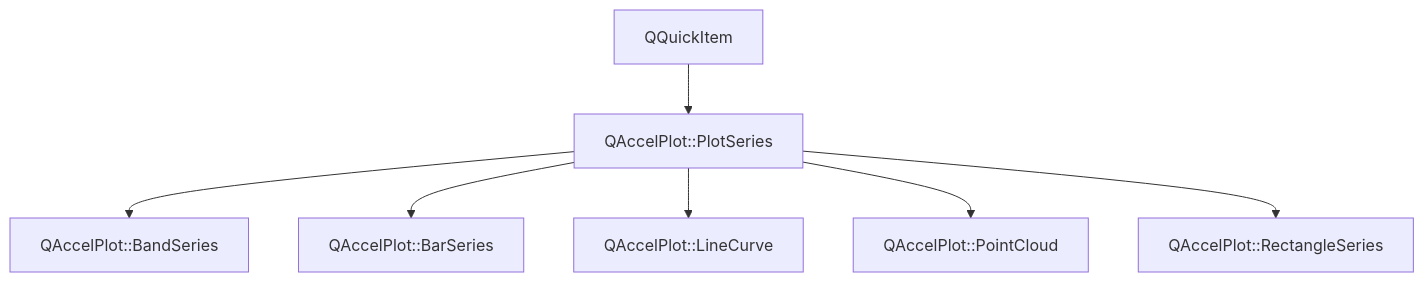
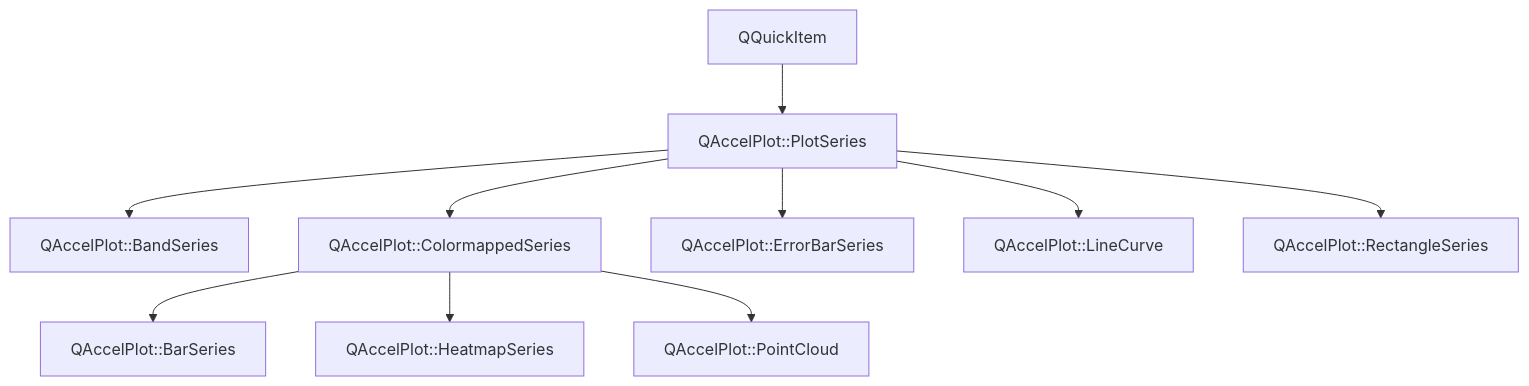
Before and after one commit to michalgrabarczyk/QAccelPlot: the diagram in assets/.doxy/QAccelPlot/api/classQAccelPlot_1_1PlotSeries.md, drawn with Mermaid. The commit also changed other lines of this file and 3301 other files, not shown here.

````diff
--- a/assets/.doxy/QAccelPlot/api/classQAccelPlot_1_1PlotSeries.md
+++ b/assets/.doxy/QAccelPlot/api/classQAccelPlot_1_1PlotSeries.md
@@ -32,28 +32,40 @@
 ```mermaid
 flowchart TB
   classQAccelPlot_1_1PlotSeries["QAccelPlot::PlotSeries"]
 
   external_base_classQAccelPlot_1_1PlotSeries_1["QQuickItem"]
   external_base_classQAccelPlot_1_1PlotSeries_1 --> classQAccelPlot_1_1PlotSeries
 
   classQAccelPlot_1_1BandSeries["QAccelPlot::BandSeries"]
   classQAccelPlot_1_1PlotSeries --> classQAccelPlot_1_1BandSeries
   click classQAccelPlot_1_1BandSeries "../classQAccelPlot_1_1BandSeries/" "Open QAccelPlot::BandSeries"
 
+  classQAccelPlot_1_1ColormappedSeries["QAccelPlot::ColormappedSeries"]
+  classQAccelPlot_1_1PlotSeries --> classQAccelPlot_1_1ColormappedSeries
+  click classQAccelPlot_1_1ColormappedSeries "../classQAccelPlot_1_1ColormappedSeries/" "Open QAccelPlot::ColormappedSeries"
+
   classQAccelPlot_1_1BarSeries["QAccelPlot::BarSeries"]
-  classQAccelPlot_1_1PlotSeries --> classQAccelPlot_1_1BarSeries
+  classQAccelPlot_1_1ColormappedSeries --> classQAccelPlot_1_1BarSeries
   click classQAccelPlot_1_1BarSeries "../classQAccelPlot_1_1BarSeries/" "Open QAccelPlot::BarSeries"
+
+  classQAccelPlot_1_1HeatmapSeries["QAccelPlot::HeatmapSeries"]
+  classQAccelPlot_1_1ColormappedSeries --> classQAccelPlot_1_1HeatmapSeries
+  click classQAccelPlot_1_1HeatmapSeries "../classQAccelPlot_1_1HeatmapSeries/" "Open QAccelPlot::HeatmapSeries"
+
+  classQAccelPlot_1_1PointCloud["QAccelPlot::PointCloud"]
+  classQAccelPlot_1_1ColormappedSeries --> classQAccelPlot_1_1PointCloud
+  click classQAccelPlot_1_1PointCloud "../classQAccelPlot_1_1PointCloud/" "Open QAccelPlot::PointCloud"
+
+  classQAccelPlot_1_1ErrorBarSeries["QAccelPlot::ErrorBarSeries"]
+  classQAccelPlot_1_1PlotSeries --> classQAccelPlot_1_1ErrorBarSeries
+  click classQAccelPlot_1_1ErrorBarSeries "../classQAccelPlot_1_1ErrorBarSeries/" "Open QAccelPlot::ErrorBarSeries"
 
   classQAccelPlot_1_1LineCurve["QAccelPlot::LineCurve"]
   classQAccelPlot_1_1PlotSeries --> classQAccelPlot_1_1LineCurve
   click classQAccelPlot_1_1LineCurve "../classQAccelPlot_1_1LineCurve/" "Open QAccelPlot::LineCurve"
-
-  classQAccelPlot_1_1PointCloud["QAccelPlot::PointCloud"]
-  classQAccelPlot_1_1PlotSeries --> classQAccelPlot_1_1PointCloud
-  click classQAccelPlot_1_1PointCloud "../classQAccelPlot_1_1PointCloud/" "Open QAccelPlot::PointCloud"
 
   classQAccelPlot_1_1RectangleSeries["QAccelPlot::RectangleSeries"]
   classQAccelPlot_1_1PlotSeries --> classQAccelPlot_1_1RectangleSeries
   click classQAccelPlot_1_1RectangleSeries "../classQAccelPlot_1_1RectangleSeries/" "Open QAccelPlot::RectangleSeries"
 
 ```
````
